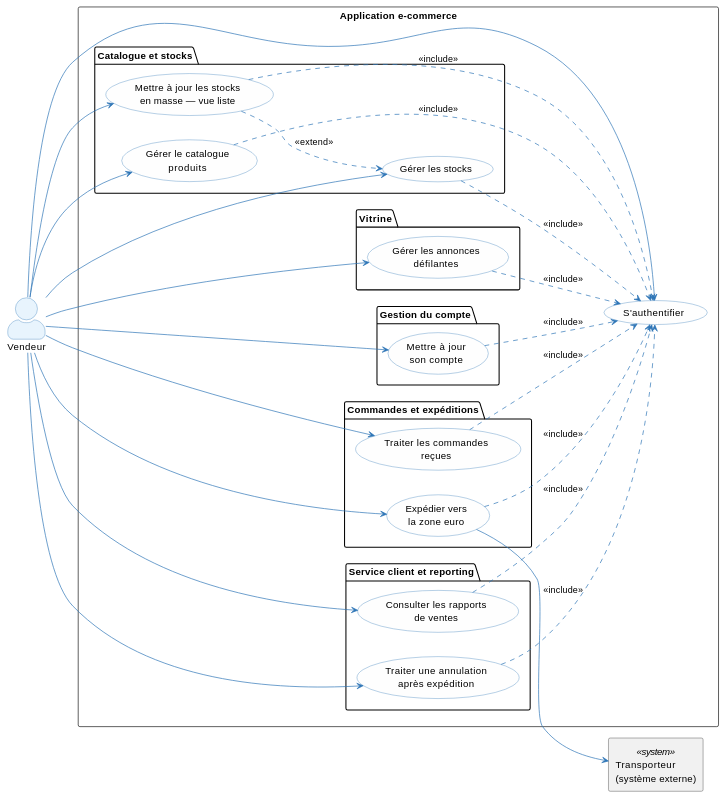
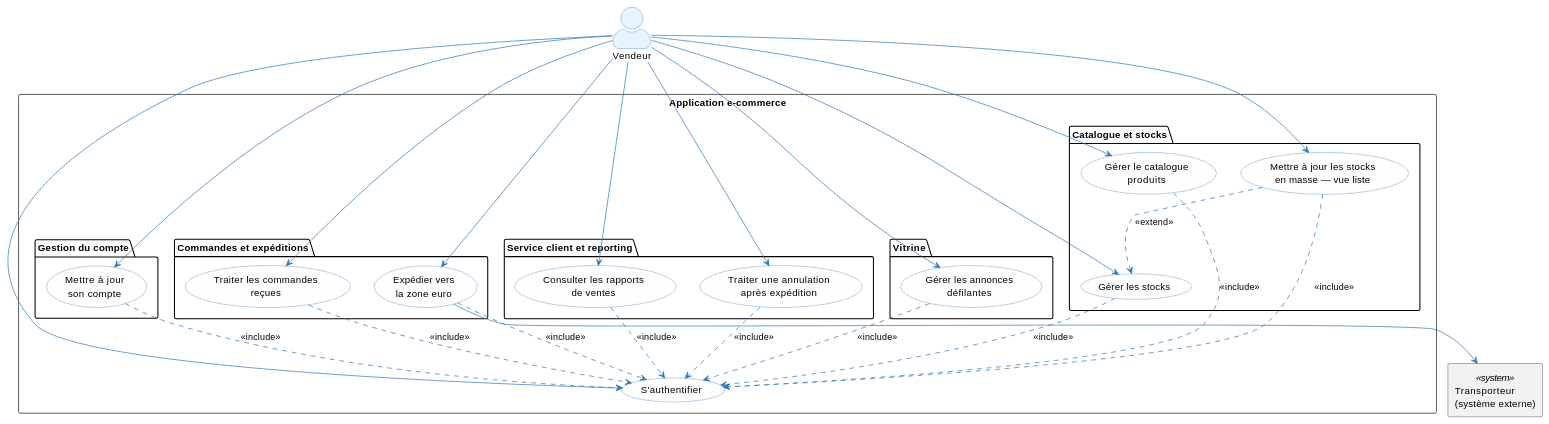
The second of 4 diagrams in architecture/01-operational-analysis/oa.adoc (louistalvande/online_shop), drawn with PlantUML before and after one commit. The commit also changed 5 other files, not shown here.

```diff
--- a/architecture/01-operational-analysis/oa.adoc
+++ b/architecture/01-operational-analysis/oa.adoc
@@ -186,63 +186,61 @@
 [plantuml, oa-uc-vendor, svg]
 ----
 skinparam actorStyle awesome
 skinparam usecase {
   BackgroundColor #FEFEFE
   BorderColor #2E75B6
   ArrowColor #2E75B6
 }
 skinparam actor {
   BackgroundColor #E8F4FD
   BorderColor #2E75B6
 }
-
-left to right direction
 
 actor "Vendeur" as Vendor
 rectangle "Transporteur\n(système externe)" as Carrier <<system>>
 
 rectangle "Application e-commerce" {
   usecase (S'authentifier) as UC_V_AUTH
   package "Gestion du compte" {
     usecase (Mettre à jour\nson compte) as UC_V0
   }
   package "Catalogue et stocks" {
     usecase (Gérer le catalogue\nproduits) as UC_V1
     usecase (Gérer les stocks) as UC_V2
     usecase (Mettre à jour les stocks\nen masse — vue liste) as UC_V10
   }
   package "Commandes et expéditions" {
     usecase (Traiter les commandes\nreçues) as UC_V3
     usecase (Expédier vers\nla zone euro) as UC_V4
   }
   package "Service client et reporting" {
     usecase (Consulter les rapports\nde ventes) as UC_V6
     usecase (Traiter une annulation\naprès expédition) as UC_V8
   }
   package "Vitrine" {
     usecase (Gérer les annonces\ndéfilantes) as UC_V9
   }
 }
 
 Vendor --> UC_V_AUTH
 Vendor --> UC_V0
 Vendor --> UC_V1
 Vendor --> UC_V2
 Vendor --> UC_V10
 Vendor --> UC_V3
 Vendor --> UC_V4
 Vendor --> UC_V6
 Vendor --> UC_V8
 Vendor --> UC_V9
 UC_V0 ..> UC_V_AUTH : <<include>>
 UC_V1 ..> UC_V_AUTH : <<include>>
 UC_V2 ..> UC_V_AUTH : <<include>>
 UC_V3 ..> UC_V_AUTH : <<include>>
 UC_V4 ..> UC_V_AUTH : <<include>>
 UC_V6 ..> UC_V_AUTH : <<include>>
 UC_V8 ..> UC_V_AUTH : <<include>>
 UC_V9 ..> UC_V_AUTH : <<include>>
 UC_V10 ..> UC_V_AUTH : <<include>>
 UC_V10 ..> UC_V2 : <<extend>>
 UC_V4 --> Carrier
 ----
```
